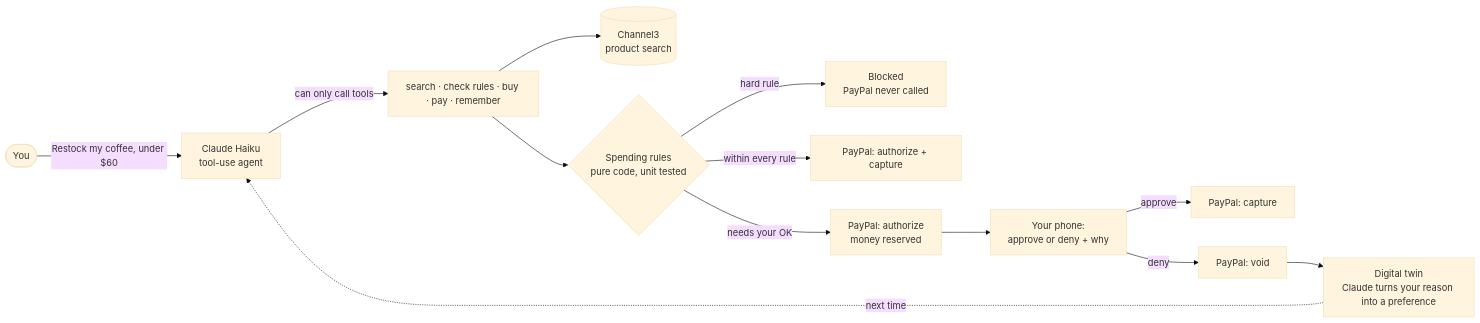
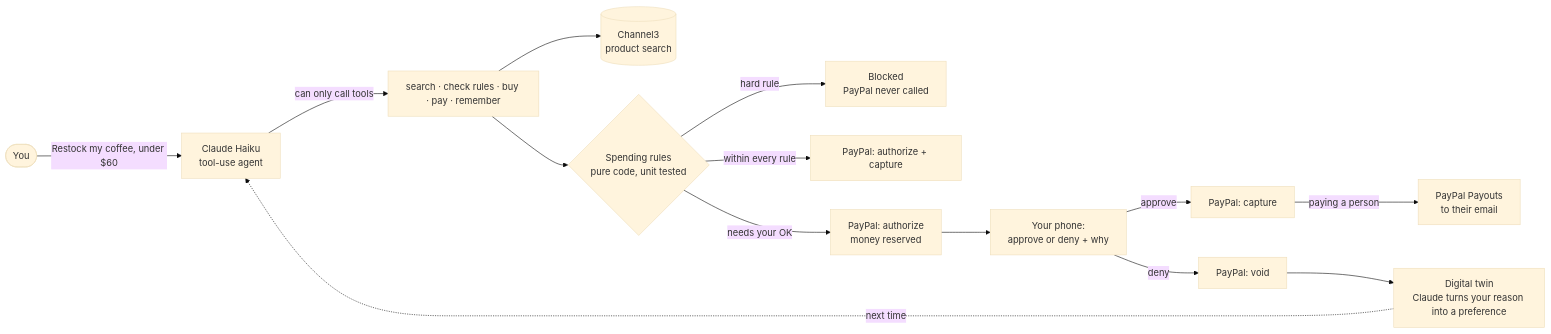
The diagram in README.md (nkimajie/leash), drawn with Mermaid (base theme) before and after one commit. The commit also changed other lines of this file and 3 other files, not shown here.

````diff
--- a/README.md
+++ b/README.md
@@ -40,15 +62,16 @@
 ```mermaid
 flowchart LR
   you([You]) -->|"Restock my coffee, under $60"| claude[Claude Haiku<br/>tool-use agent]
   claude -->|can only call tools| tools[search · check rules · buy · pay · remember]
   tools --> channel3[(Channel3<br/>product search)]
   tools --> rules{Spending rules<br/>pure code, unit tested}
   rules -->|hard rule| blocked[Blocked<br/>PayPal never called]
   rules -->|within every rule| paid[PayPal: authorize + capture]
   rules -->|needs your OK| held[PayPal: authorize<br/>money reserved]
   held --> phone[Your phone:<br/>approve or deny + why]
   phone -->|approve| capture[PayPal: capture]
+  capture -->|paying a person| payout[PayPal Payouts<br/>to their email]
   phone -->|deny| void[PayPal: void]
   void --> twin[Digital twin<br/>Claude turns your reason into a preference]
   twin -.->|next time| claude
 ```
````
